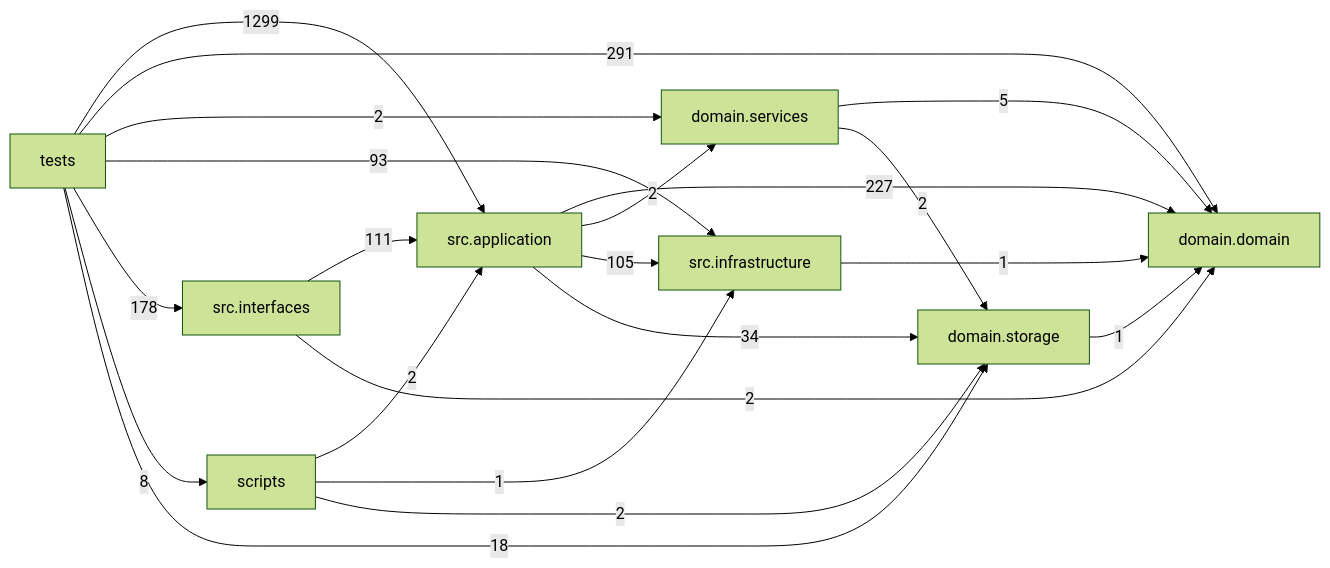
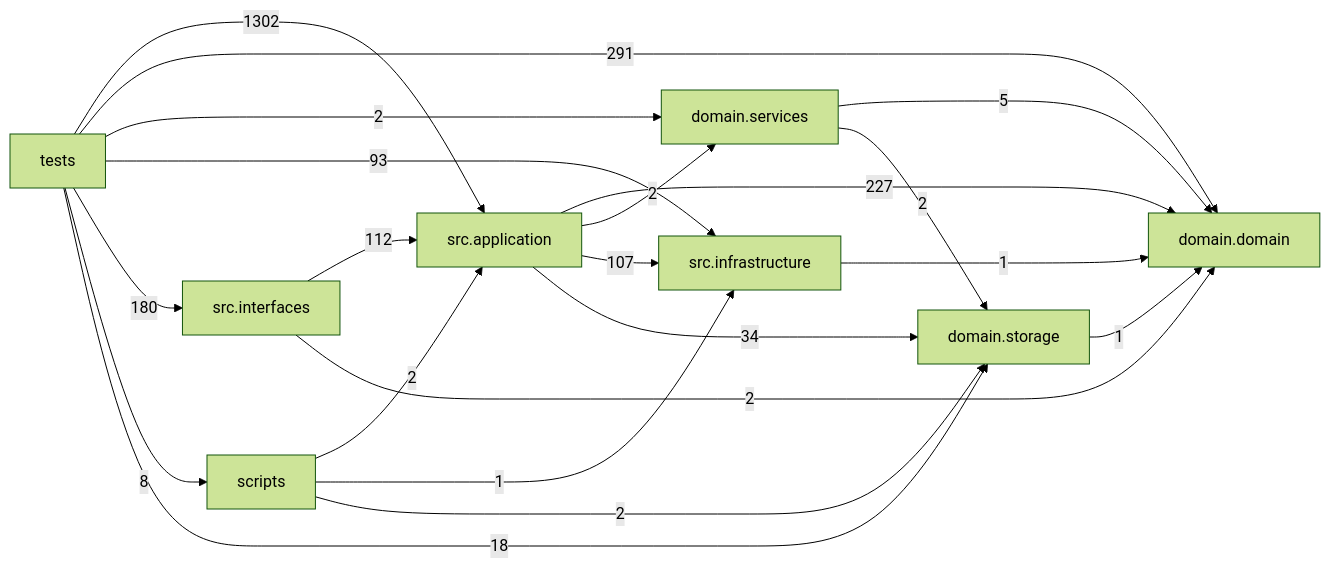
The diagram in docs/DEPENDENCY_GRAPH.md (liuxie066/options-monitor), drawn with Mermaid (forest theme) before and after one commit. The commit also changed other lines of this file and 15 other files, not shown here.

````diff
--- a/docs/DEPENDENCY_GRAPH.md
+++ b/docs/DEPENDENCY_GRAPH.md
@@ -24,31 +24,31 @@
 ```mermaid
 flowchart LR
   tests["tests"]
   scripts["scripts"]
   interfaces["src.interfaces"]
   application["src.application"]
   infrastructure["src.infrastructure"]
   domain_services["domain.services"]
   domain["domain.domain"]
   storage["domain.storage"]
   application -->|227| domain
   application -->|2| domain_services
-  application -->|105| infrastructure
+  application -->|107| infrastructure
   application -->|34| storage
   domain_services -->|5| domain
   domain_services -->|2| storage
   infrastructure -->|1| domain
-  interfaces -->|111| application
+  interfaces -->|112| application
   interfaces -->|2| domain
   scripts -->|2| application
   scripts -->|1| infrastructure
   scripts -->|2| storage
   storage -->|1| domain
-  tests -->|1299| application
+  tests -->|1302| application
   tests -->|291| domain
   tests -->|2| domain_services
   tests -->|93| infrastructure
-  tests -->|178| interfaces
+  tests -->|180| interfaces
   tests -->|8| scripts
   tests -->|18| storage
 ```
````
